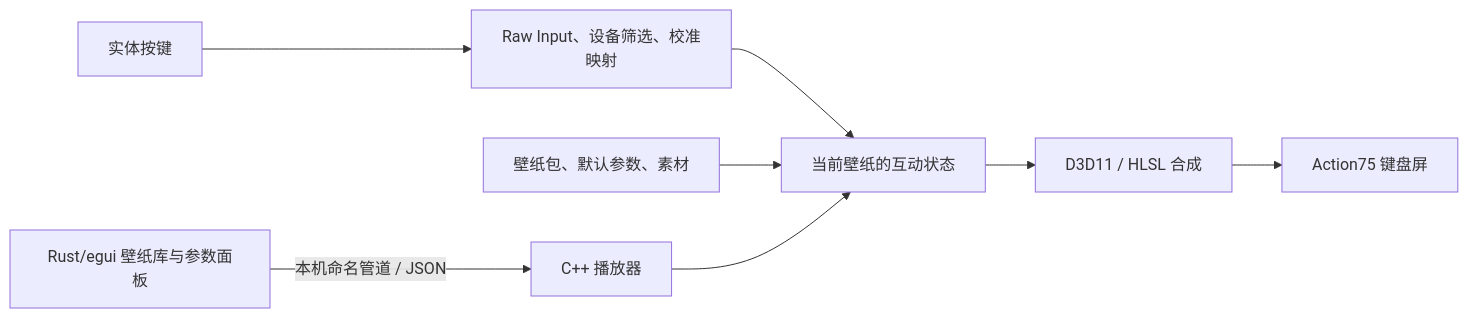
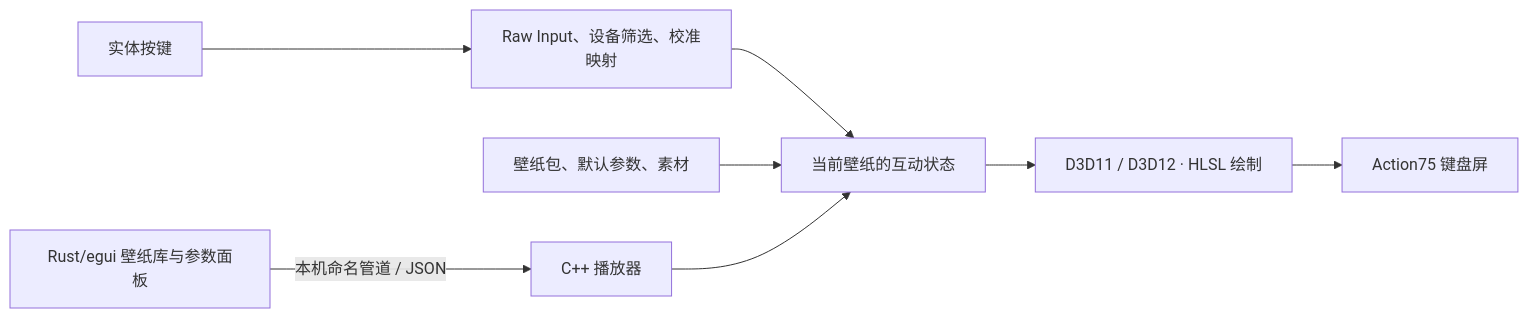
The diagram in docs/wallpaper-authoring/README.md (BestGreed/Action75-Wallpaper), drawn with Mermaid before and after one commit. The commit also changed other lines of this file and 422 other files, not shown here.

````diff
--- a/docs/wallpaper-authoring/README.md
+++ b/docs/wallpaper-authoring/README.md
@@ -13,10 +13,10 @@
 ```mermaid
 flowchart LR
     Key["实体按键"] --> Raw["Raw Input、设备筛选、校准映射"]
     Raw --> Scene["当前壁纸的互动状态"]
     Pack["壁纸包、默认参数、素材"] --> Scene
     Manager["Rust/egui 壁纸库与参数面板"] -->|"本机命名管道 / JSON"| Player["C++ 播放器"]
     Player --> Scene
-    Scene --> GPU["D3D11 / HLSL 合成"]
+    Scene --> GPU["D3D11 / D3D12 · HLSL 绘制"]
     GPU --> Screen["Action75 键盘屏"]
 ```
````
